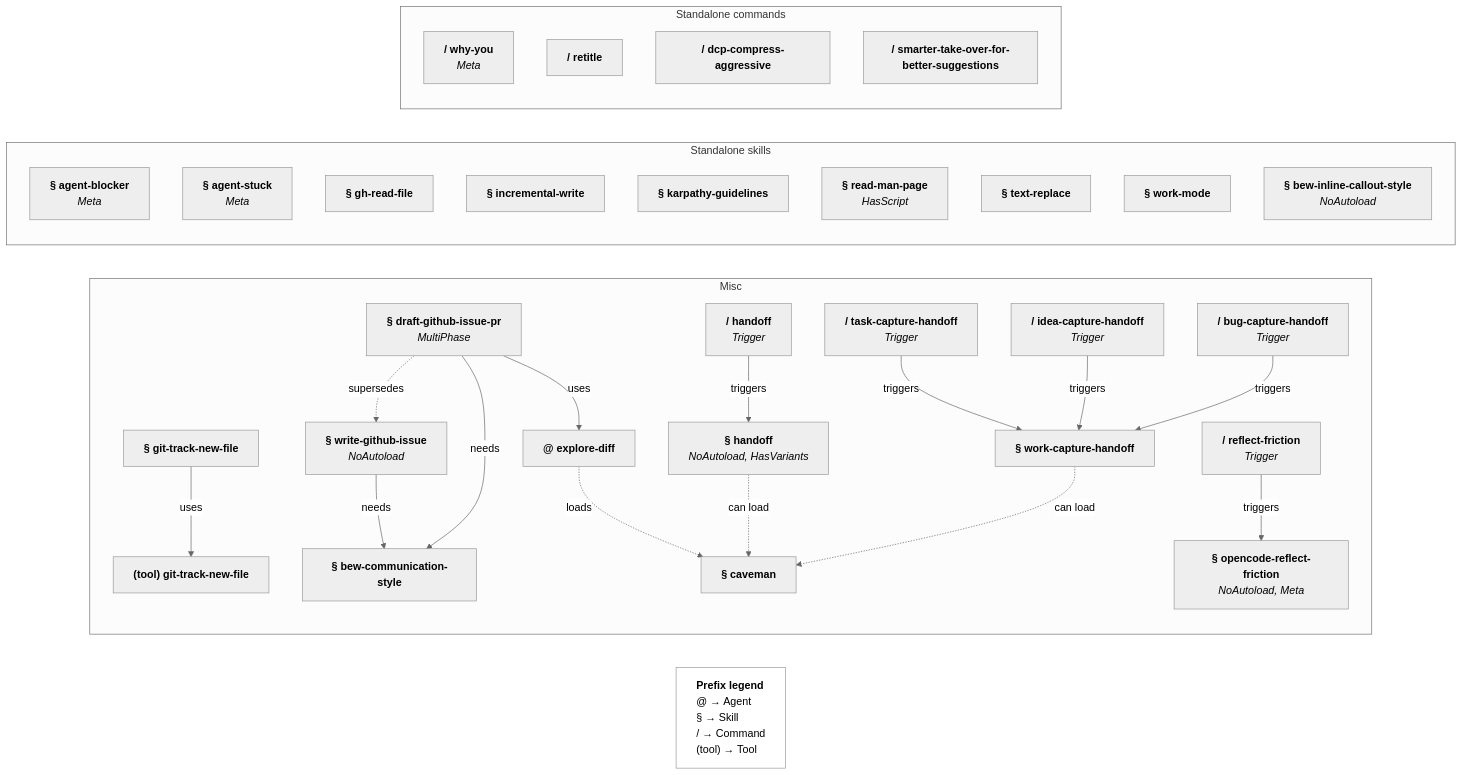
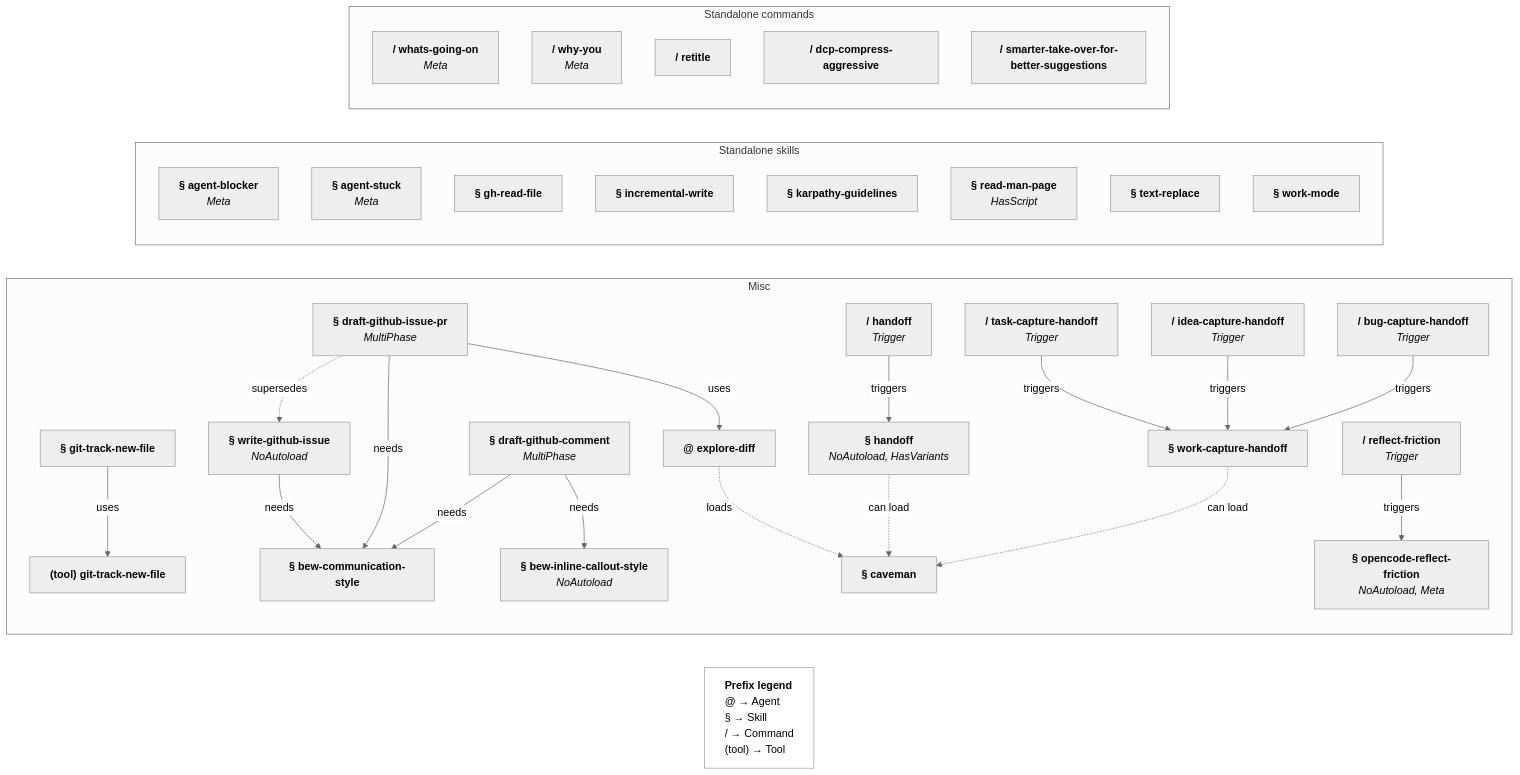
One commit to bew/dotfiles changed the second of 2 diagrams in opencode/MY_AI_STUFF.md. Above: the diagram before and after it, drawn with Mermaid (neutral theme). The commit also changed other lines of this file and 2 other files, not shown here.

First line of the commit message:
oc(docs): Catalogue snippets, retire draft-pr-description

````diff
--- a/opencode/MY_AI_STUFF.md
+++ b/opencode/MY_AI_STUFF.md
@@ -116,56 +117,60 @@
 ```mermaid
 flowchart LR
   %% explore-diff is duplicated from the complex graph; it is not part of any group.
   ag_explore_diff["<b>@ explore-diff</b>"]
   legend["<b>Prefix legend</b><br/>@ → Agent<br/>§ → Skill<br/>/ → Command<br/>(tool) → Tool"]
   style legend text-align:left,fill:none
 
   subgraph misc[Misc]
     sk_handoff["<b>§ handoff</b><br/><i>NoAutoload, HasVariants</i>"]
     sk_work_capture["<b>§ work-capture-handoff</b>"]
     sk_git_track_skill["<b>§ git-track-new-file</b>"]
     tool_git_track["<b>(tool) git-track-new-file</b>"]
     sk_github_issue["<b>§ write-github-issue</b><br/><i>NoAutoload</i>"]
     sk_draft_gh["<b>§ draft-github-issue-pr</b><br/><i>MultiPhase</i>"]
+    sk_draft_gh_comment["<b>§ draft-github-comment</b><br/><i>MultiPhase</i>"]
     sk_bew_comm_style["<b>§ bew-communication-style</b>"]
+    sk_bew_callout["<b>§ bew-inline-callout-style</b><br/><i>NoAutoload</i>"]
     sk_cav["<b>§ caveman</b>"]
     sk_reflect_frict["<b>§ opencode-reflect-friction</b><br/><i>NoAutoload, Meta</i>"]
     cmd_handoff["<b>/ handoff</b><br/><i>Trigger</i>"]
     cmd_friction["<b>/ reflect-friction</b><br/><i>Trigger</i>"]
     cmd_task_capture["<b>/ task-capture-handoff</b><br/><i>Trigger</i>"]
     cmd_idea_capture["<b>/ idea-capture-handoff</b><br/><i>Trigger</i>"]
     cmd_bug_capture["<b>/ bug-capture-handoff</b><br/><i>Trigger</i>"]
     sk_git_track_skill -->|uses| tool_git_track
     sk_github_issue -->|needs| sk_bew_comm_style
     sk_draft_gh -->|needs| sk_bew_comm_style
     sk_draft_gh -->|uses| ag_explore_diff
+    sk_draft_gh_comment -->|needs| sk_bew_comm_style
+    sk_draft_gh_comment -->|needs| sk_bew_callout
     sk_draft_gh -. supersedes .-> sk_github_issue
     ag_explore_diff -. loads .-> sk_cav
     sk_handoff -. can load .-> sk_cav
     sk_work_capture -. can load .-> sk_cav
     cmd_handoff -->|triggers| sk_handoff
     cmd_friction -->|triggers| sk_reflect_frict
     cmd_task_capture -->|triggers| sk_work_capture
     cmd_idea_capture -->|triggers| sk_work_capture
     cmd_bug_capture -->|triggers| sk_work_capture
   end
 
   subgraph otherskills[Standalone skills]
     sk_agent_blocker["<b>§ agent-blocker</b><br/><i>Meta</i>"]
     sk_agent_stuck["<b>§ agent-stuck</b><br/><i>Meta</i>"]
     sk_gh_read_file["<b>§ gh-read-file</b>"]
     sk_incremental_write["<b>§ incremental-write</b>"]
     sk_karpathy["<b>§ karpathy-guidelines</b>"]
     sk_read_man_page["<b>§ read-man-page</b><br/><i>HasScript</i>"]
     sk_text_replace["<b>§ text-replace</b>"]
     sk_work_mode["<b>§ work-mode</b>"]
-    sk_bew_callout["<b>§ bew-inline-callout-style</b><br/><i>NoAutoload</i>"]
   end
 
   subgraph othercmds[Standalone commands]
+    cmd_whats_going_on["<b>/ whats-going-on</b><br/><i>Meta</i>"]
     cmd_why_you["<b>/ why-you</b><br/><i>Meta</i>"]
     cmd_retitle["<b>/ retitle</b>"]
     cmd_dcp_aggressive["<b>/ dcp-compress-aggressive</b>"]
     cmd_smarter_takeover["<b>/ smarter-take-over-for-better-suggestions</b>"]
   end
 ```
````
